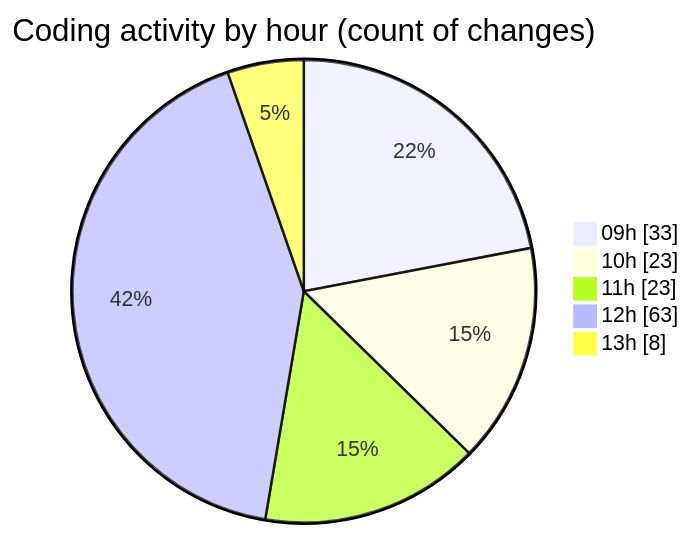
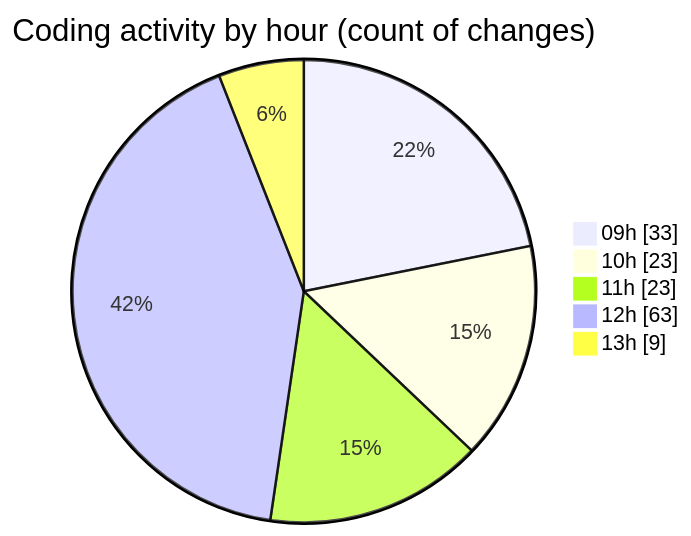
The second of 2 diagrams in 2025-05-20/ecodeli-1/README.md (CELIANVF/code-tracking), drawn with Mermaid before and after one commit. The commit also changed other lines of this file and 1 other file, not shown here.

````diff
--- a/2025-05-20/ecodeli-1/README.md
+++ b/2025-05-20/ecodeli-1/README.md
@@ -87,9 +87,9 @@
 ```mermaid
 pie showData
 title Coding activity by hour (count of changes)
 "09h" : 33
 "10h" : 23
 "11h" : 23
 "12h" : 63
-"13h" : 8
+"13h" : 9
 ```
````
